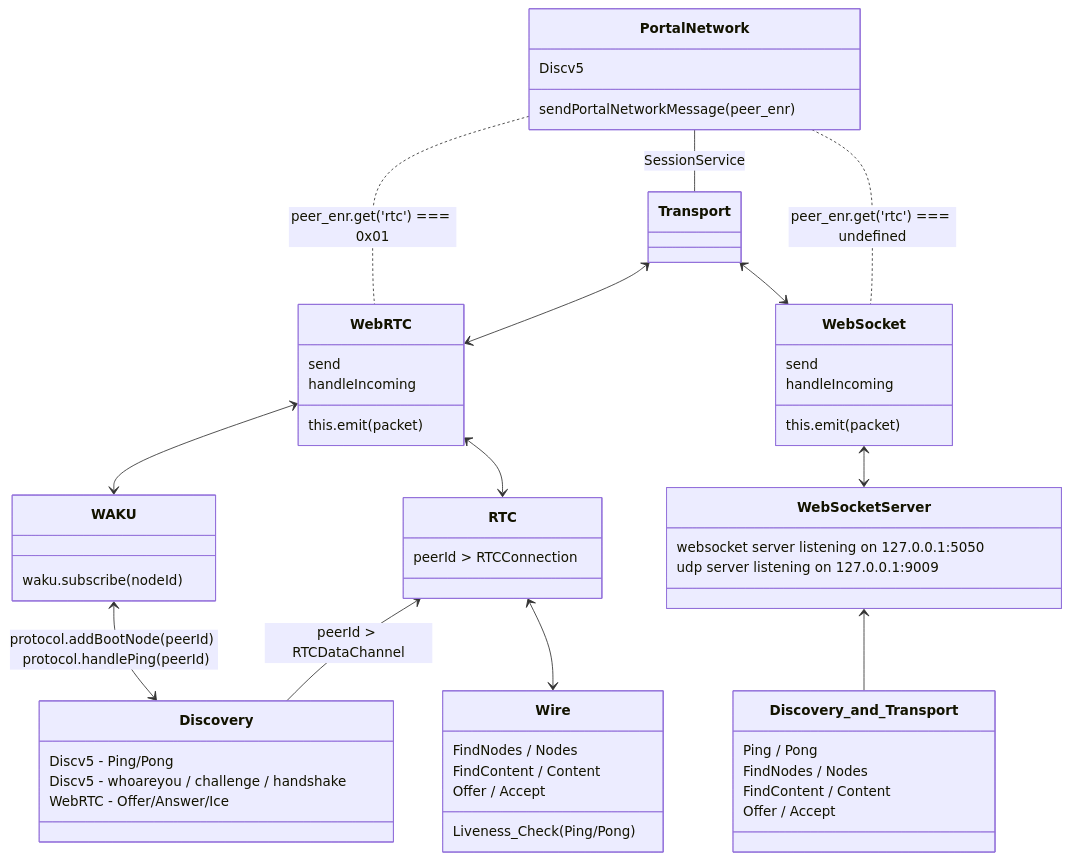
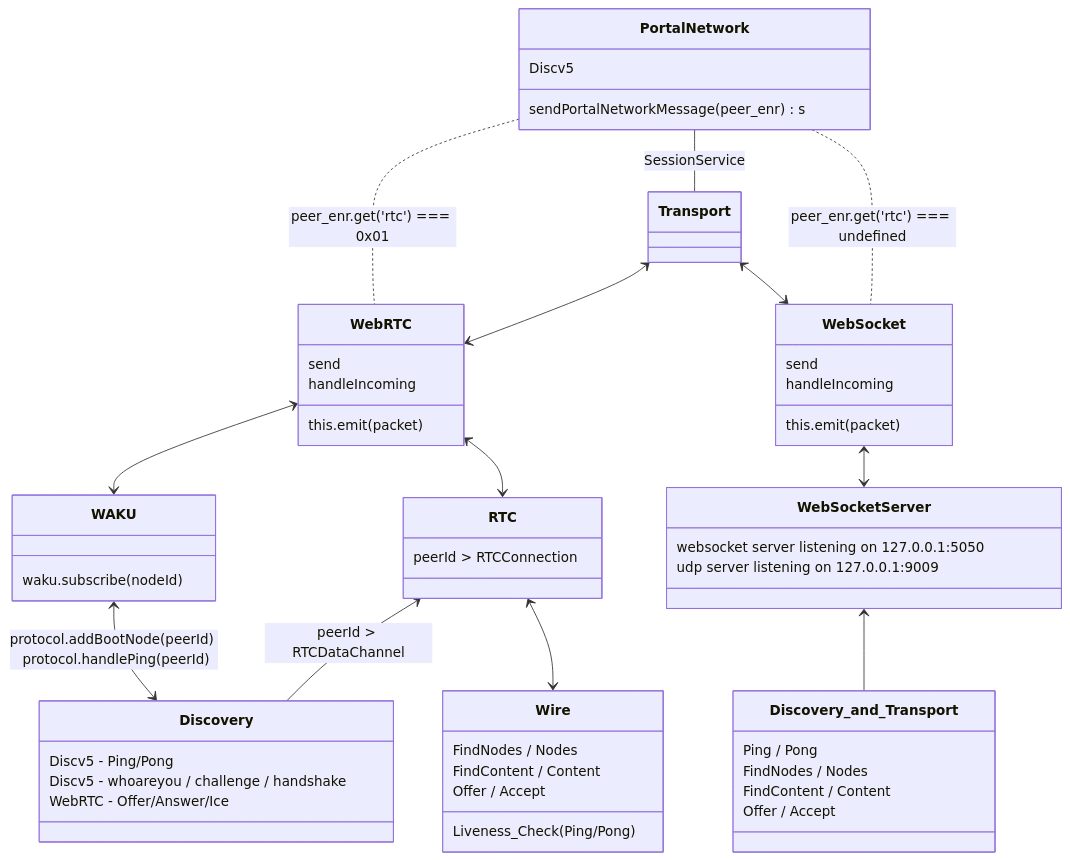
Before and after one commit to ethereumjs/ultralight: the second of 4 diagrams in packages/browser-client/docs/webrtc.md, drawn with Mermaid. The commit also changed other lines of this file, not shown here.

Commit message:
add diagram for waku/webrtc protocol

````diff
--- a/packages/browser-client/docs/webrtc.md
+++ b/packages/browser-client/docs/webrtc.md
@@ -15,43 +15,43 @@
 ```mermaid
 classDiagram
     class PortalNetwork {
-        sendPortalNetworkMessage(peer_enr)
+        sendPortalNetworkMessage(peer_enr)s
         Discv5
     }
     PortalNetwork .. WebRTC : peer_enr.get('rtc') === 0x01
     Transport <--> WebRTC
     Transport <--> WebSocket
     PortalNetwork .. WebSocket  : peer_enr.get('rtc') === undefined
     PortalNetwork -- Transport : SessionService
     WebRTC : send
     WebRTC : handleIncoming
     WebRTC : this.emit(packet)
     WebRTC <--> WAKU
     WAKU : waku.subscribe(nodeId)
     WAKU <--> Discovery : protocol.addBootNode(peerId) <br/> protocol.handlePing(peerId)
     Discovery : Discv5 - Ping/Pong
     Discovery : Discv5 - whoareyou / challenge / handshake
     Discovery : WebRTC - Offer/Answer/Ice
     RTC <-- Discovery : peerId > RTCDataChannel
     WebRTC <--> RTC
     RTC <--> Wire
     Wire : Liveness_Check(Ping/Pong)
     Wire : FindNodes / Nodes
     Wire : FindContent / Content
     Wire : Offer / Accept
     RTC : peerId > RTCConnection
     WebSocket : send
     WebSocket : handleIncoming
     WebSocket : this.emit(packet)
     WebSocket <--> WebSocketServer
     class WebSocketServer {
         websocket server listening on 127.0.0.1:5050
         udp server listening on 127.0.0.1:9009
     }
     WebSocketServer <-- Discovery_and_Transport
     Discovery_and_Transport : Ping / Pong
     Discovery_and_Transport : FindNodes / Nodes
     Discovery_and_Transport : FindContent / Content
     Discovery_and_Transport : Offer / Accept
 
 ```
````
